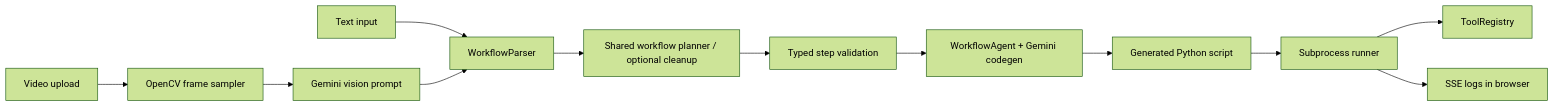
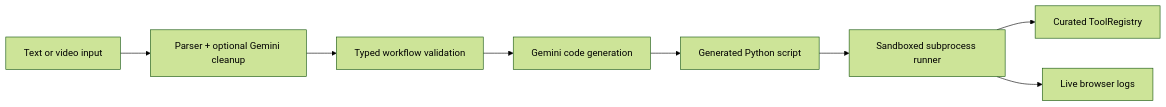
One commit to KMeltzer24/workflowMVP changed the diagram in README.md. Above: the diagram before and after it, drawn with Mermaid (forest theme).

Commit message:
Simplify architecture diagram

````diff
--- a/README.md
+++ b/README.md
@@ -31,14 +31,10 @@
 ```mermaid
 flowchart LR
-    text["Text input"] --> parser["WorkflowParser"]
-    video_input["Video upload"] --> video["OpenCV frame sampler"]
-    video --> vision["Gemini vision prompt"]
-    vision --> parser
-    parser --> planner["Shared workflow planner / optional cleanup"]
-    planner --> validation["Typed step validation"]
-    validation --> agent["WorkflowAgent + Gemini codegen"]
-    agent --> script["Generated Python script"]
-    script --> runner["Subprocess runner"]
-    runner --> tools["ToolRegistry"]
-    runner --> logs["SSE logs in browser"]
+    input["Text or video input"] --> planner["Parser + optional Gemini cleanup"]
+    planner --> validation["Typed workflow validation"]
+    validation --> codegen["Gemini code generation"]
+    codegen --> script["Generated Python script"]
+    script --> runner["Sandboxed subprocess runner"]
+    runner --> tools["Curated ToolRegistry"]
+    runner --> logs["Live browser logs"]
 ```
````
